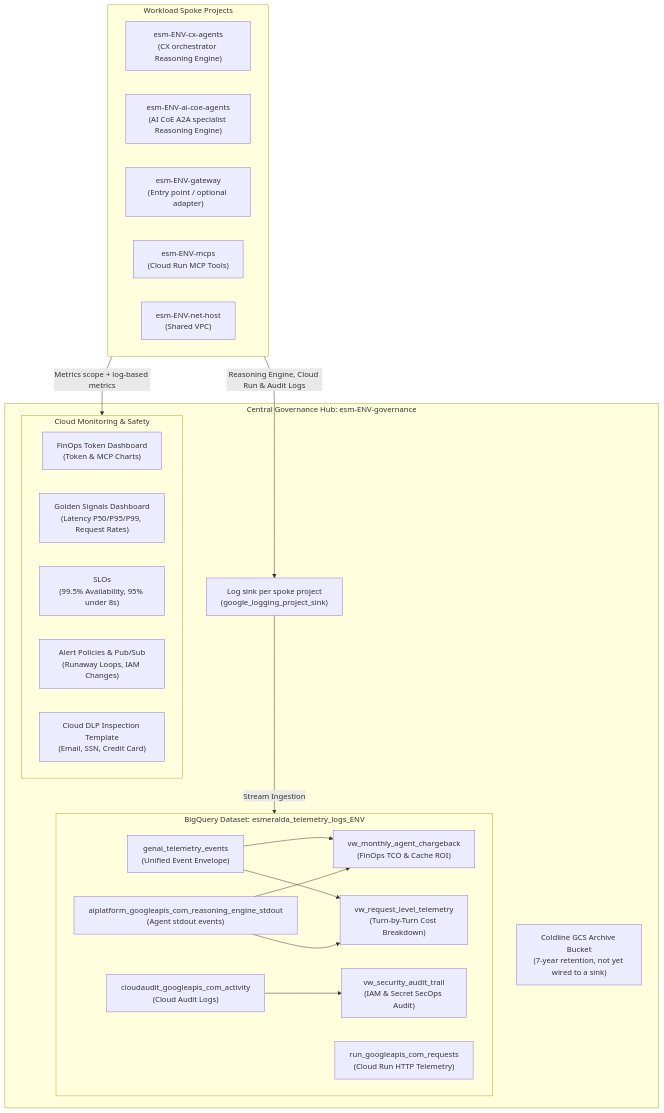
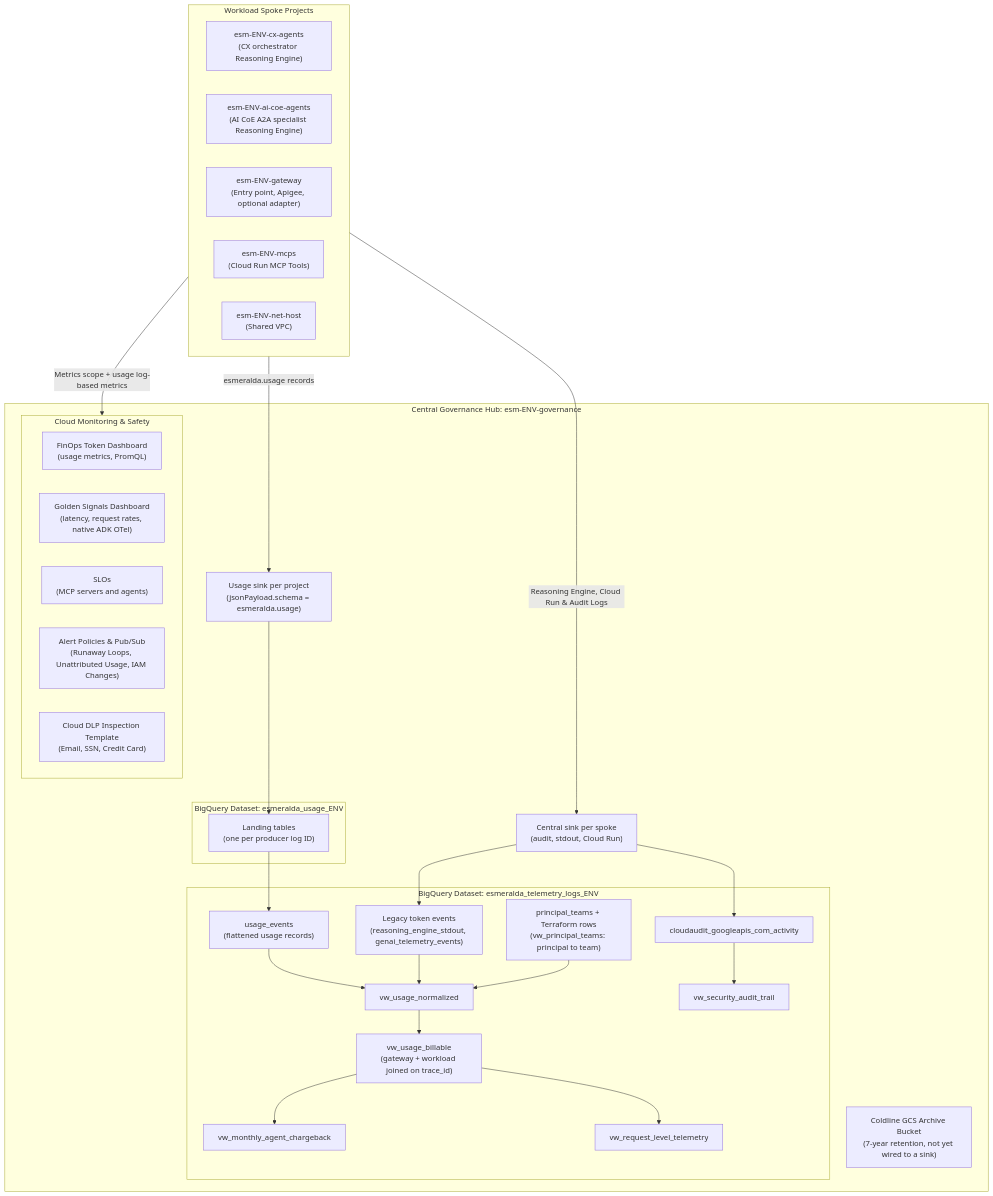
One commit to google/esmeralda changed the first of 2 diagrams in docs/src/3-agentops-and-lifecycle/03-centralized-monitoring-and-dashboards.md. Above: the diagram before and after it, drawn with Mermaid. The commit also changed other lines of this file and 25 other files, not shown here.

First line of the commit message:
feat(governance): usage analytics on the esmeralda.usage contract (#180)

````diff
--- a/docs/src/3-agentops-and-lifecycle/03-centralized-monitoring-and-dashboards.md
+++ b/docs/src/3-agentops-and-lifecycle/03-centralized-monitoring-and-dashboards.md
@@ -45,42 +46,52 @@
 ```mermaid
 flowchart TD
     subgraph Spokes["Workload Spoke Projects"]
         CX["esm-ENV-cx-agents<br/>(CX orchestrator Reasoning Engine)"]
         AICOE["esm-ENV-ai-coe-agents<br/>(AI CoE A2A specialist Reasoning Engine)"]
-        GW["esm-ENV-gateway<br/>(Entry point / optional adapter)"]
+        GW["esm-ENV-gateway<br/>(Entry point, Apigee, optional adapter)"]
         MCP["esm-ENV-mcps<br/>(Cloud Run MCP Tools)"]
         NET["esm-ENV-net-host<br/>(Shared VPC)"]
     end
 
     subgraph Hub["Central Governance Hub: esm-ENV-governance"]
-        SINK["Log sink per spoke project<br/>(google_logging_project_sink)"]
+        SINK["Central sink per spoke<br/>(audit, stdout, Cloud Run)"]
+        USINK["Usage sink per project<br/>(jsonPayload.schema = esmeralda.usage)"]
+
+        subgraph UsageDS["BigQuery Dataset: esmeralda_usage_ENV"]
+            LAND["Landing tables<br/>(one per producer log ID)"]
+        end
 
         subgraph BigQuery["BigQuery Dataset: esmeralda_telemetry_logs_ENV"]
-            ENV["genai_telemetry_events<br/>(Unified Event Envelope)"]
-            AUDIT_TBL["cloudaudit_googleapis_com_activity<br/>(Cloud Audit Logs)"]
-            STDOUT_TBL["aiplatform_googleapis_com_reasoning_engine_stdout<br/>(Agent stdout events)"]
-            RUN_TBL["run_googleapis_com_requests<br/>(Cloud Run HTTP Telemetry)"]
-
-            VW1["vw_monthly_agent_chargeback<br/>(FinOps TCO & Cache ROI)"]
-            VW2["vw_request_level_telemetry<br/>(Turn-by-Turn Cost Breakdown)"]
-            VW3["vw_security_audit_trail<br/>(IAM & Secret SecOps Audit)"]
+            UE["usage_events<br/>(flattened usage records)"]
+            LEG["Legacy token events<br/>(reasoning_engine_stdout, genai_telemetry_events)"]
+            PT["principal_teams + Terraform rows<br/>(vw_principal_teams: principal to team)"]
+            NORM["vw_usage_normalized"]
+            BILL["vw_usage_billable<br/>(gateway + workload joined on trace_id)"]
+            VW1["vw_monthly_agent_chargeback"]
+            VW2["vw_request_level_telemetry"]
+            AUDIT_TBL["cloudaudit_googleapis_com_activity"]
+            VW3["vw_security_audit_trail"]
         end
 
         GCS["Coldline GCS Archive Bucket<br/>(7-year retention, not yet wired to a sink)"]
 
         subgraph Monitoring["Cloud Monitoring & Safety"]
-            MQL["FinOps Token Dashboard<br/>(Token & MCP Charts)"]
-            GOLD["Golden Signals Dashboard<br/>(Latency P50/P95/P99, Request Rates)"]
-            SLO["SLOs<br/>(99.5% Availability, 95% under 8s)"]
-            ALERTS["Alert Policies & Pub/Sub<br/>(Runaway Loops, IAM Changes)"]
+            FIN["FinOps Token Dashboard<br/>(usage metrics, PromQL)"]
+            GOLD["Golden Signals Dashboard<br/>(latency, request rates, native ADK OTel)"]
+            SLO["SLOs<br/>(MCP servers and agents)"]
+            ALERTS["Alert Policies & Pub/Sub<br/>(Runaway Loops, Unattributed Usage, IAM Changes)"]
             DLP["Cloud DLP Inspection Template<br/>(Email, SSN, Credit Card)"]
         end
     end
 
     Spokes -->|Reasoning Engine, Cloud Run & Audit Logs| SINK
-    SINK -->|Stream Ingestion| BigQuery
-    ENV --> VW1 & VW2
-    STDOUT_TBL --> VW1 & VW2
+    Spokes -->|esmeralda.usage records| USINK
+    SINK --> LEG & AUDIT_TBL
+    USINK --> LAND
+    LAND --> UE
+    UE & LEG & PT --> NORM
+    NORM --> BILL
+    BILL --> VW1 & VW2
     AUDIT_TBL --> VW3
-    Spokes -->|Metrics scope + log-based metrics| Monitoring
+    Spokes -->|Metrics scope + usage log-based metrics| Monitoring
 ```
````
